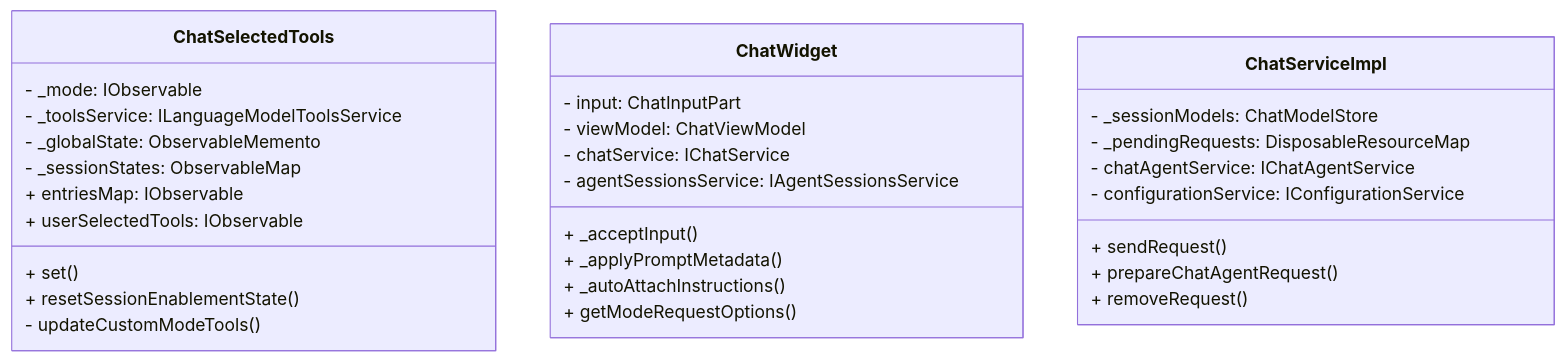
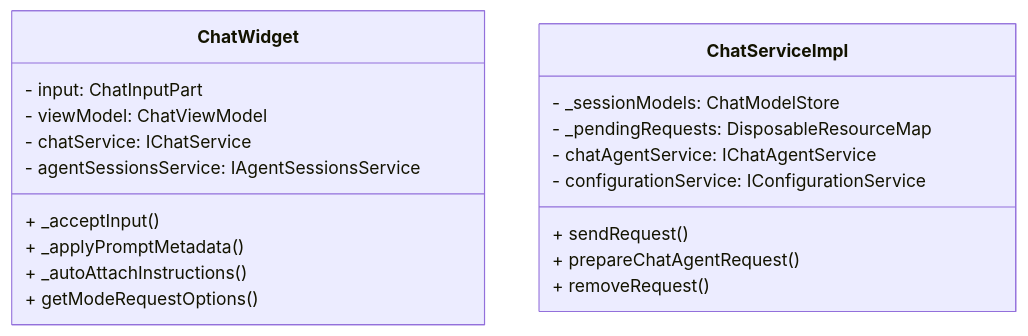
The first of 5 diagrams in living_doc/agentbackground.md (tamuratak/vscode), drawn with Mermaid before and after one commit. The commit also changed other lines of this file, not shown here.

Commit message:
Refactor agent background documentation for improved clarity and flow of background execution, including detailed tool selection and session management processes.

````diff
--- a/living_doc/agentbackground.md
+++ b/living_doc/agentbackground.md
@@ -28,33 +34,23 @@
 ```mermaid
 classDiagram
-class ChatSelectedTools {
-	- _mode: IObservable<IChatMode>
-	- _toolsService: ILanguageModelToolsService
-	- _globalState: ObservableMemento<ToolEnablementStates>
-	- _sessionStates: ObservableMap
-	+ entriesMap: IObservable<IToolAndToolSetEnablementMap>
-	+ userSelectedTools: IObservable<UserSelectedTools>
-	+ set()
-	+ resetSessionEnablementState()
-	- updateCustomModeTools()
-}
+
 class ChatWidget {
 	- input: ChatInputPart
 	- viewModel: ChatViewModel
 	- chatService: IChatService
 	- agentSessionsService: IAgentSessionsService
 	+ _acceptInput()
 	+ _applyPromptMetadata()
 	+ _autoAttachInstructions()
 	+ getModeRequestOptions()
 }
 class ChatServiceImpl {
 	- _sessionModels: ChatModelStore
 	- _pendingRequests: DisposableResourceMap<CancellableRequest>
 	- chatAgentService: IChatAgentService
 	- configurationService: IConfigurationService
 	+ sendRequest()
 	+ prepareChatAgentRequest()
 	+ removeRequest()
 }
 ```
````
